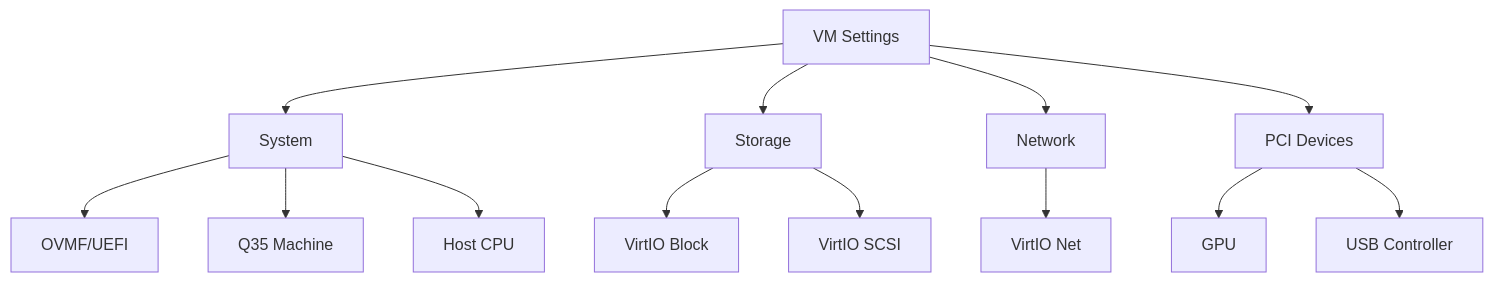
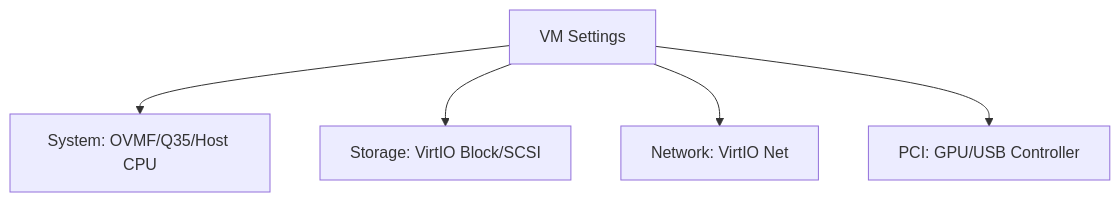
One commit to Hydepwns/nix-mox changed the second of 5 diagrams in docs/guides/windows-on-proxmox.md. Above: the diagram before and after it, drawn with Mermaid. The commit also changed other lines of this file and 145 other files, not shown here.

````diff
--- a/docs/guides/windows-on-proxmox.md
+++ b/docs/guides/windows-on-proxmox.md
@@ -20,19 +17,7 @@
 ```mermaid
 graph TD
-    A[VM Settings] --> B[System]
-    A --> C[Storage]
-    A --> D[Network]
-    A --> E[PCI Devices]
-    
-    B --> B1[OVMF/UEFI]
-    B --> B2[Q35 Machine]
-    B --> B3[Host CPU]
-    
-    C --> C1[VirtIO Block]
-    C --> C2[VirtIO SCSI]
-    
-    D --> D1[VirtIO Net]
-    
-    E --> E1[GPU]
-    E --> E2[USB Controller]
+    A[VM Settings] --> B[System: OVMF/Q35/Host CPU]
+    A --> C[Storage: VirtIO Block/SCSI]
+    A --> D[Network: VirtIO Net]
+    A --> E[PCI: GPU/USB Controller]
 ```
````
